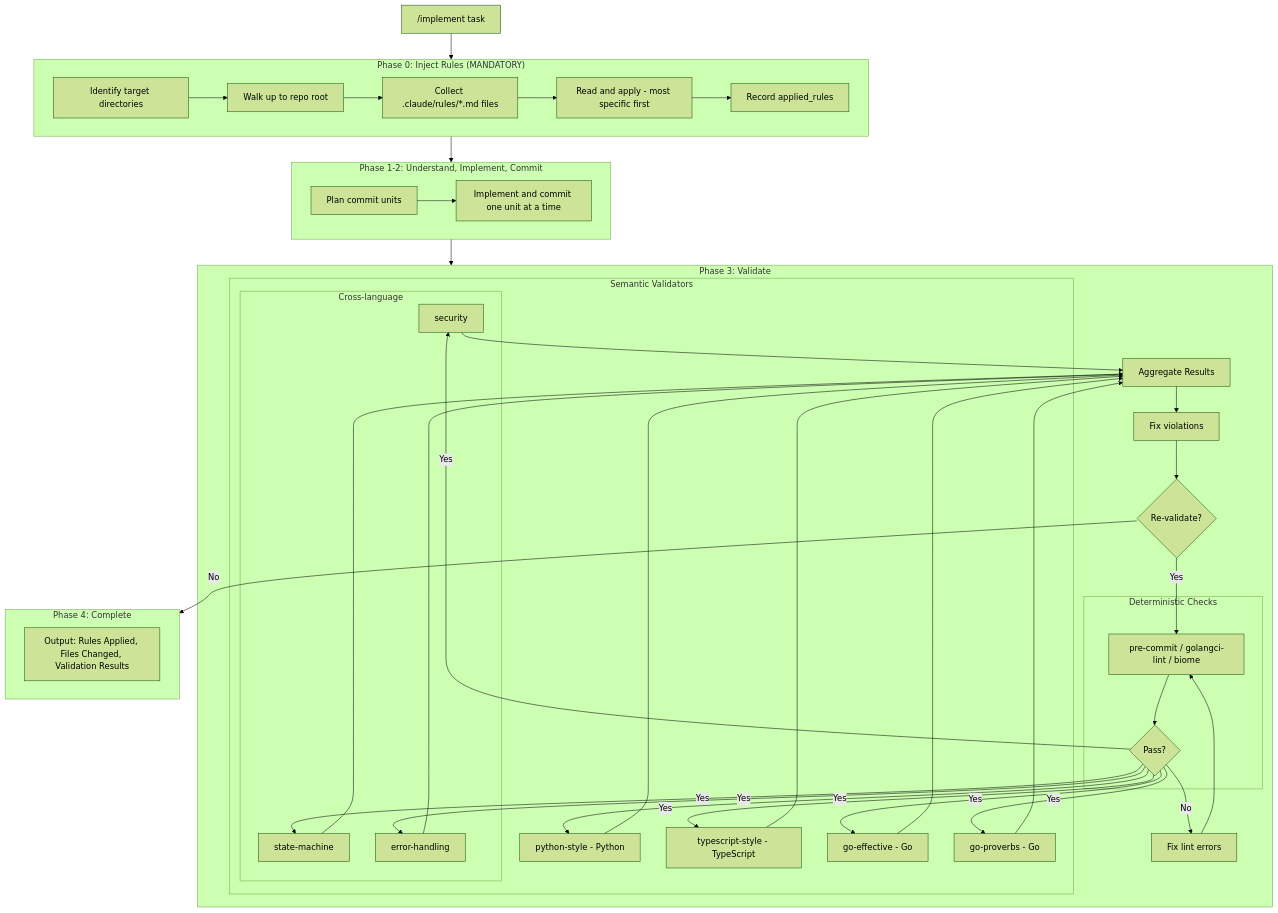
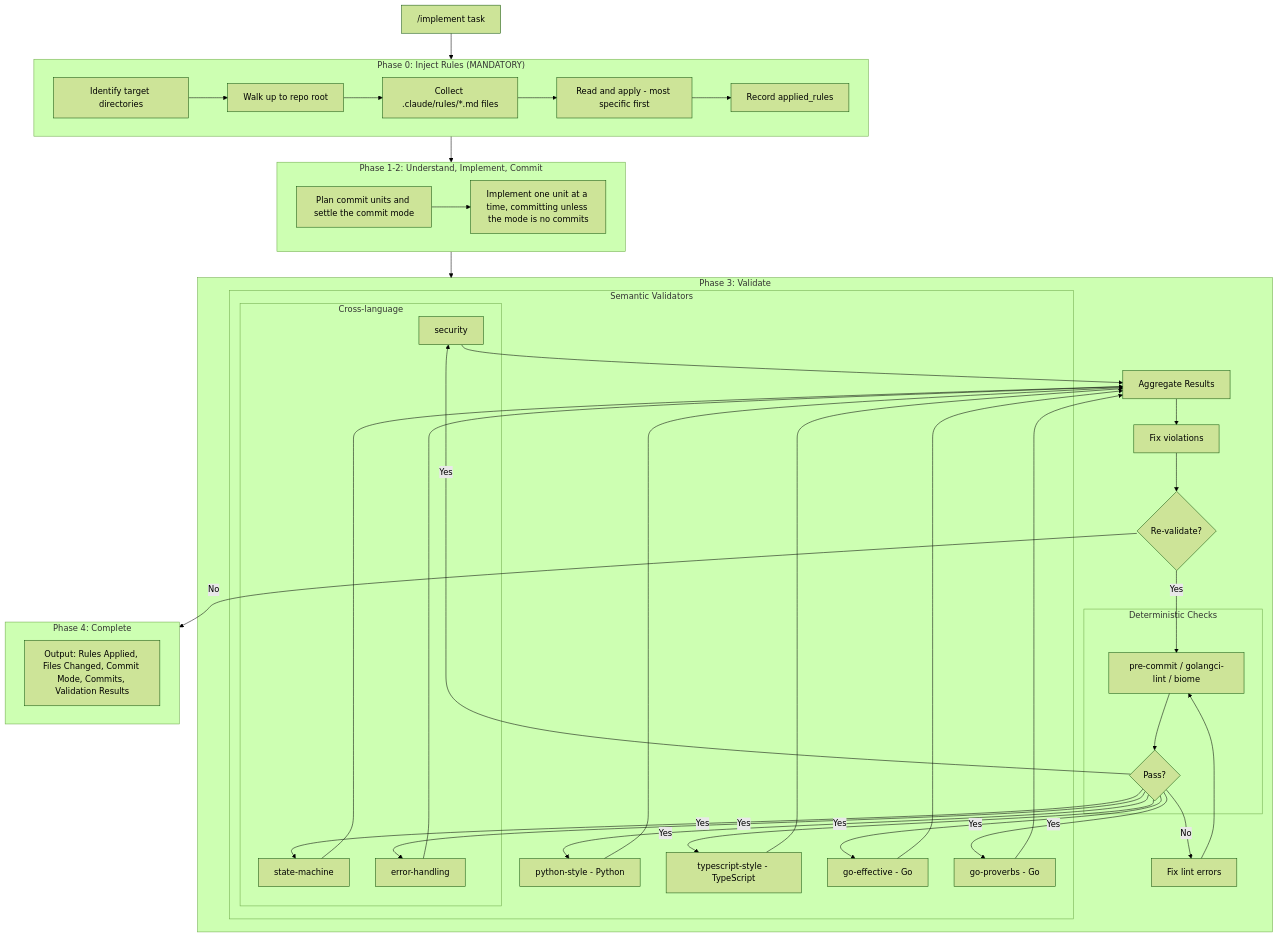
One commit to peteski22/agent-pragma changed the fourth of 7 diagrams in ARCHITECTURE.md. Above: the diagram before and after it, drawn with Mermaid (forest theme). The commit also changed other lines of this file and 1 other file, not shown here.

First line of the commit message:
docs: show the commit mode decision and both Phase 2 branches

````diff
--- a/ARCHITECTURE.md
+++ b/ARCHITECTURE.md
@@ -247,58 +251,58 @@
 ```mermaid
 flowchart TD
     subgraph Phase0["Phase 0: Inject Rules (MANDATORY)"]
         P0A[Identify target directories]
         P0B[Walk up to repo root]
         P0C[Collect .claude/rules/*.md files]
         P0D[Read and apply - most specific first]
         P0E[Record applied_rules]
         P0A --> P0B --> P0C --> P0D --> P0E
     end
 
     subgraph Phase12["Phase 1-2: Understand, Implement, Commit"]
-        P12A[Plan commit units]
-        P12B[Implement and commit one unit at a time]
+        P12A[Plan commit units and settle the commit mode]
+        P12B[Implement one unit at a time, committing unless the mode is no commits]
         P12A --> P12B
     end
 
     subgraph Phase3["Phase 3: Validate"]
         subgraph Deterministic["Deterministic Checks"]
             Lint[pre-commit / golangci-lint / biome]
             LintFail{Pass?}
             Lint --> LintFail
         end
 
         subgraph Semantic["Semantic Validators"]
             subgraph CrossLang2["Cross-language"]
                 SecVal[security]
                 StmVal[state-machine]
                 ErrVal[error-handling]
             end
             PyVal[python-style - Python]
             TSVal[typescript-style - TypeScript]
             GoEff[go-effective - Go]
             GoProv[go-proverbs - Go]
         end
 
         Agg[Aggregate Results]
         Fix[Fix violations]
         ReVal{Re-validate?}
 
         LintFail -->|No| FixLint[Fix lint errors]
         FixLint --> Lint
         LintFail -->|Yes| SecVal & StmVal & ErrVal & PyVal & TSVal & GoEff & GoProv
         SecVal & StmVal & ErrVal & PyVal & TSVal & GoEff & GoProv --> Agg
         Agg --> Fix
         Fix --> ReVal
         ReVal -->|Yes| Lint
     end
 
     subgraph Phase4["Phase 4: Complete"]
-        Output[Output: Rules Applied, Files Changed, Validation Results]
+        Output[Output: Rules Applied, Files Changed, Commit Mode, Commits, Validation Results]
     end
 
     Start["/implement task"] --> Phase0
     Phase0 --> Phase12
     Phase12 --> Phase3
     ReVal -->|No| Phase4
 ```
````
